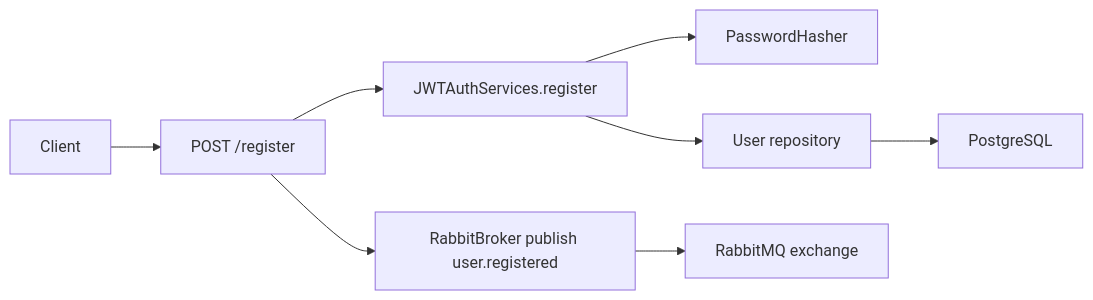
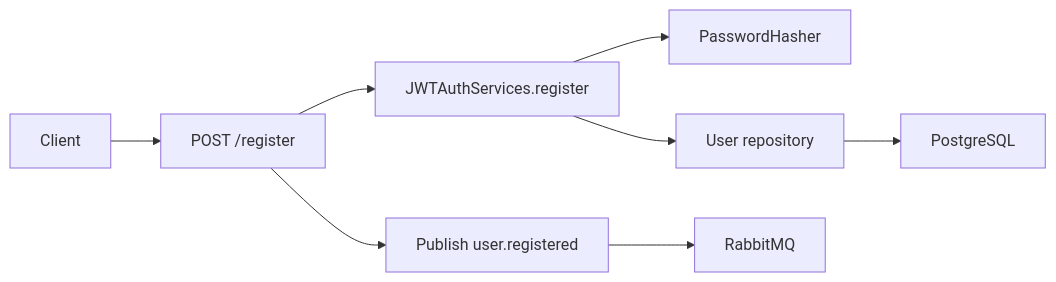
One commit to vladDa1029/kino_review changed the diagram in backend/src/apps/auth/docs/ARCHITECTURE.md. Above: the diagram before and after it, drawn with Mermaid. The commit also changed other lines of this file and 39 other files, not shown here.

````diff
--- a/backend/src/apps/auth/docs/ARCHITECTURE.md
+++ b/backend/src/apps/auth/docs/ARCHITECTURE.md
@@ -134,10 +113,10 @@
 ```mermaid
 flowchart LR
     C["Client"] --> API["POST /register"]
     API --> UC["JWTAuthServices.register"]
     UC --> HASH["PasswordHasher"]
     UC --> REPO["User repository"]
     REPO --> DB["PostgreSQL"]
-    API --> BROKER["RabbitBroker publish user.registered"]
-    BROKER --> R["RabbitMQ exchange"]
+    API --> PUB["Publish user.registered"]
+    PUB --> MQ["RabbitMQ"]
 ```
````
